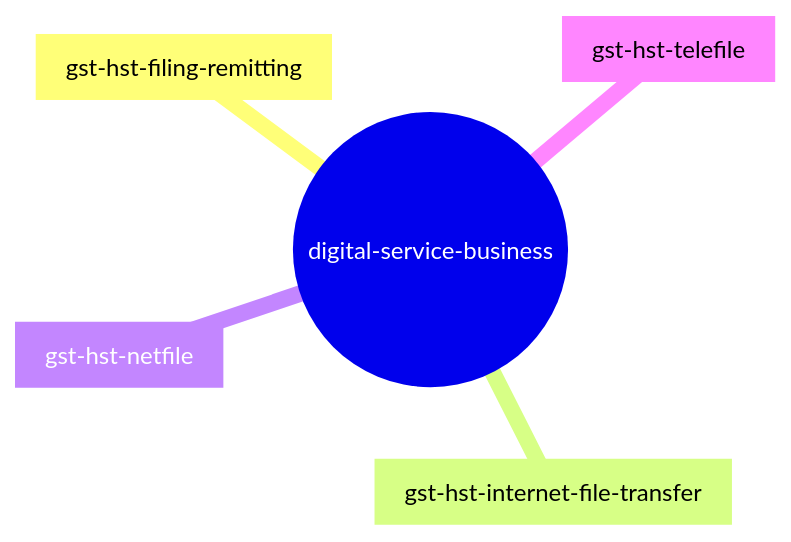
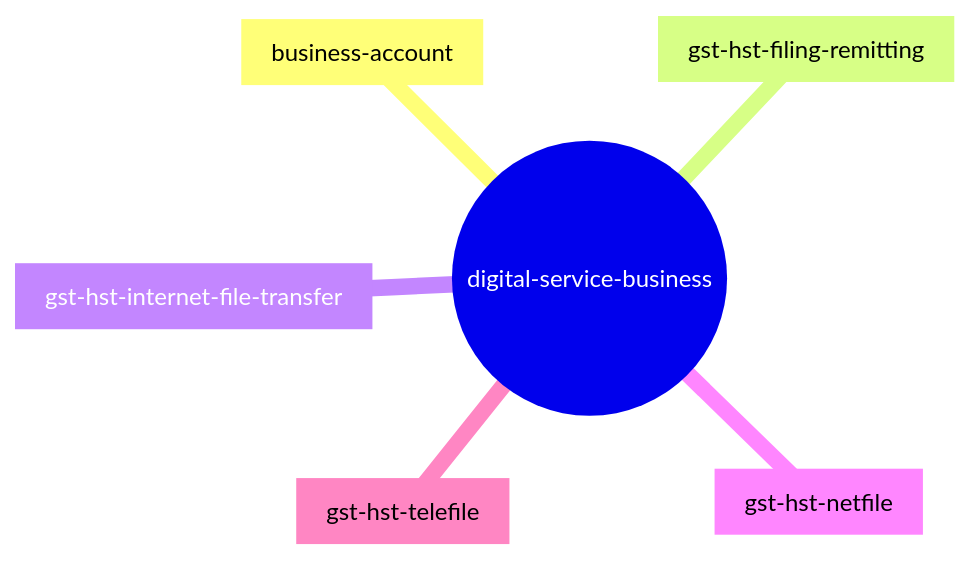
Before and after one commit to cra-proto/gst-hst-business: the second of 2 diagrams in README.md, drawn with Mermaid.

````diff
--- a/README.md
+++ b/README.md
@@ -42,8 +42,9 @@
 ```mermaid
 mindmap
   root((digital-service-business))
+    [business-account]
     [gst-hst-filing-remitting]
     [gst-hst-internet-file-transfer]
     [gst-hst-netfile]
     [gst-hst-telefile]
 ```
````
